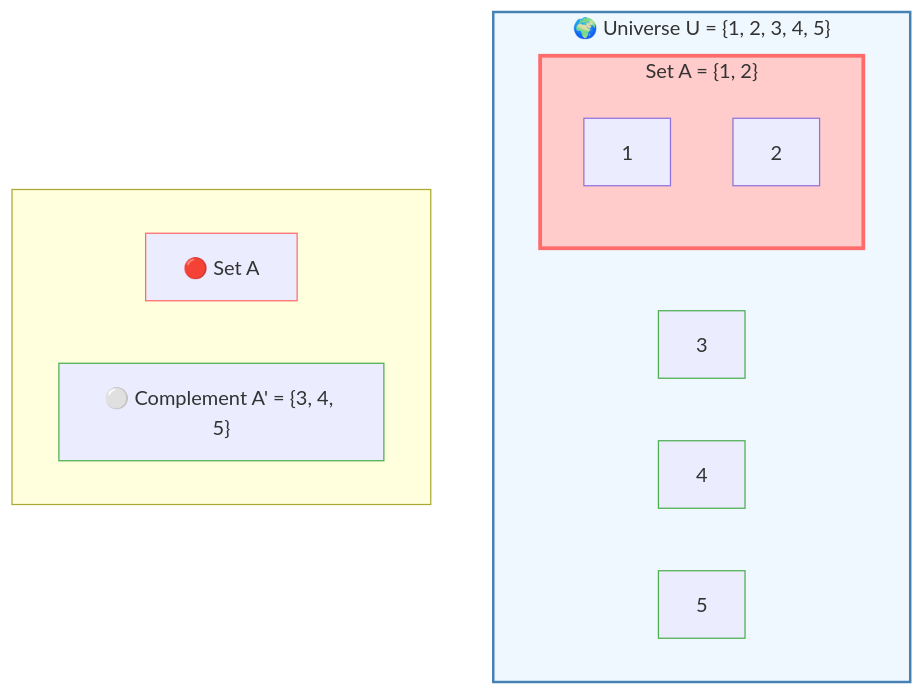
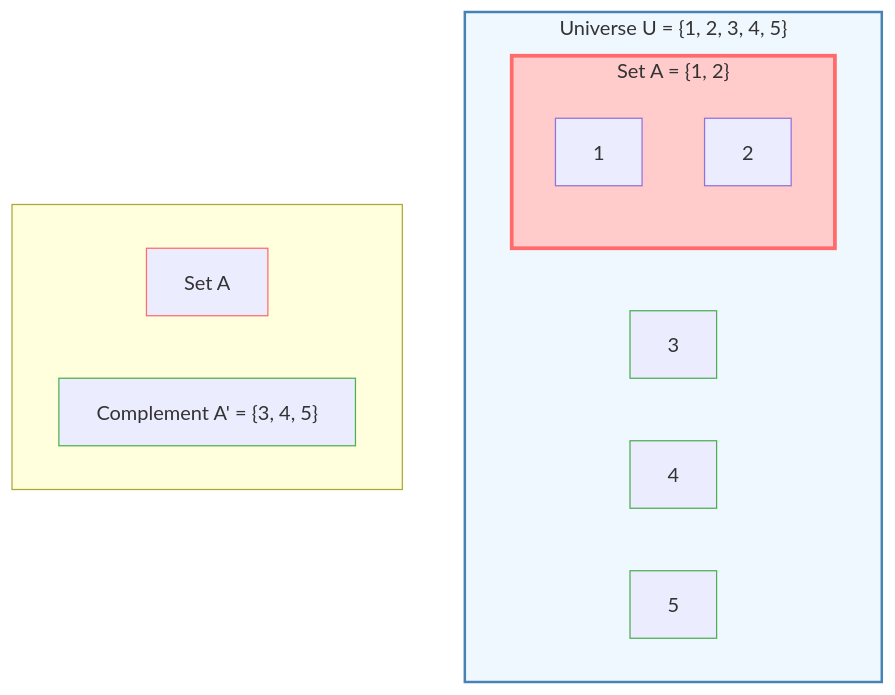
One commit to PanagopoulosNikolaos/DitOpenNotes changed the first of 6 diagrams in Year_1/Semester_2/DISCREET_MATHEMATICS/Lectures/2_Operations & Venn Diagrams.md. Above: the diagram before and after it, drawn with Mermaid. The commit also changed other lines of this file and 24 other files, not shown here.

````diff
--- a/Year_1/Semester_2/DISCREET_MATHEMATICS/Lectures/2_Operations & Venn Diagrams.md
+++ b/Year_1/Semester_2/DISCREET_MATHEMATICS/Lectures/2_Operations & Venn Diagrams.md
@@ -16,27 +16,27 @@
 ```mermaid
 graph TD
-    subgraph U ["🌍 Universe U = {1, 2, 3, 4, 5}"]
+    subgraph U [" Universe U = {1, 2, 3, 4, 5}"]
         subgraph A ["Set A = {1, 2}"]
             style A fill:#ffcccb,stroke:#ff6b6b,stroke-width:3px
             a1[1]
             a2[2]
         end
         
         c3[3]
         c4[4] 
         c5[5]
     end
     
     subgraph Legend [" "]
-        L1["🔴 Set A"]
-        L2["⚪ Complement A' = {3, 4, 5}"]
+        L1[" Set A"]
+        L2[" Complement A' = {3, 4, 5}"]
     end
     
     style U fill:#f0f8ff,stroke:#4682b4,stroke-width:2px
     style c3 fill:#f,stroke:#4caf50
     style c4 fill:#f,stroke:#4caf50  
     style c5 fill:#f,stroke:#4caf50
     style L1 fill:#f,stroke:#ff6b6b
     style L2 fill:#f,stroke:#4caf50
 
 ```
````
